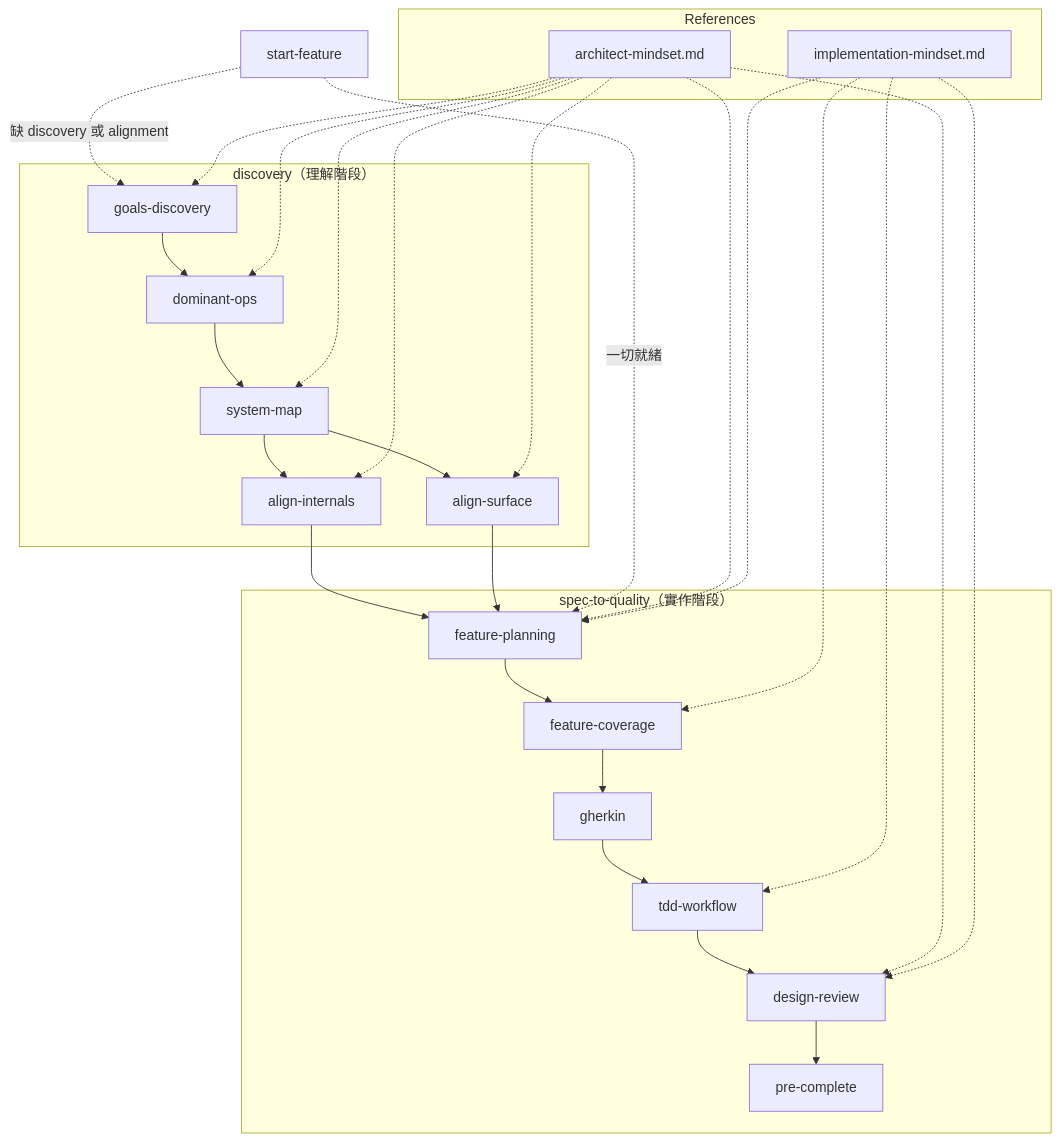
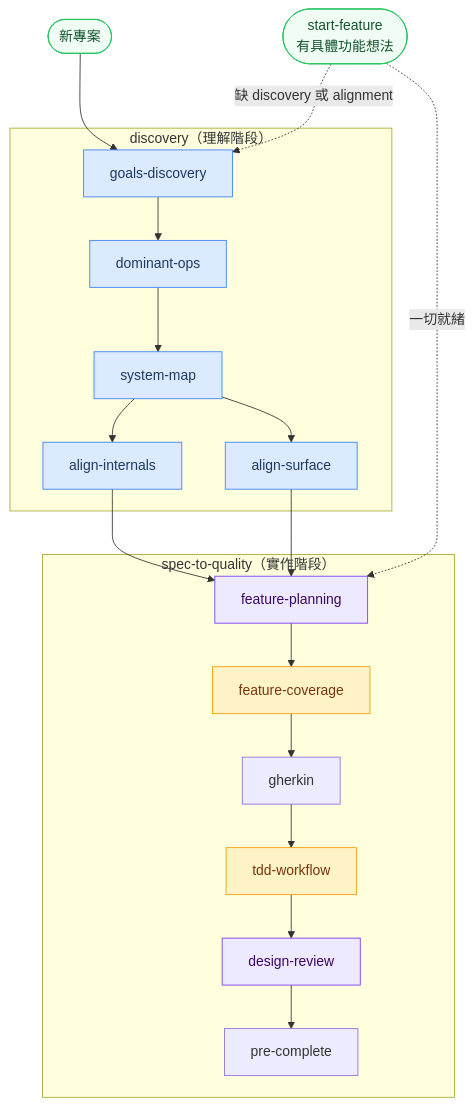
One commit to class83108/spec-to-quality changed the diagram in README.md. Above: the diagram before and after it, drawn with Mermaid. The commit also changed other lines of this file and 1 other file, not shown here.

Commit message:
fix: mermaid 圖加入兩個明確的入口節點
新增「新專案」與「start-feature（有具體功能想法）」作為獨立入口，
用圓角矩形與綠色區分入口節點和 skill 節點，
移除 Reference 虛線箭頭改用顏色分組

````diff
--- a/README.md
+++ b/README.md
@@ -55,30 +55,33 @@
 ```mermaid
 flowchart TD
-    subgraph refs[References]
-        AM[architect-mindset.md]
-        IM[implementation-mindset.md]
-    end
-
-    subgraph "discovery（理解階段）"
+    subgraph discovery["discovery（理解階段）"]
         G[goals-discovery] --> D[dominant-ops]
         D --> S[system-map]
         S --> AI[align-internals]
         S --> AS[align-surface]
     end
 
-    AI & AS --> FP[feature-planning]
+    AI & AS --> FP
 
-    subgraph "spec-to-quality（實作階段）"
-        FP --> FC[feature-coverage]
+    subgraph impl["spec-to-quality（實作階段）"]
+        FP[feature-planning] --> FC[feature-coverage]
         FC --> GK[gherkin]
         GK --> TDD[tdd-workflow]
         TDD --> DR[design-review]
         DR --> PC[pre-complete]
     end
 
-    SF[start-feature] -.->|缺 discovery 或 alignment| G
+    NEW([新專案]) --> G
+    SF([start-feature<br/>有具體功能想法]) -.->|缺 discovery 或 alignment| G
     SF -.->|一切就緒| FP
 
-    AM -.-> G & D & S & AI & AS & FP & DR
-    IM -.-> FP & FC & TDD & DR
+    classDef am fill:#dbeafe,stroke:#3b82f6,color:#1e3a5f
+    classDef im fill:#fef3c7,stroke:#f59e0b,color:#78350f
+    classDef both fill:#ede9fe,stroke:#7c3aed,color:#3b0764
+    classDef entry fill:#f0fdf4,stroke:#22c55e,color:#14532d
+
+    class G,D,S,AI,AS am
+    class FC,TDD im
+    class FP,DR both
+    class NEW,SF entry
 ```
````
